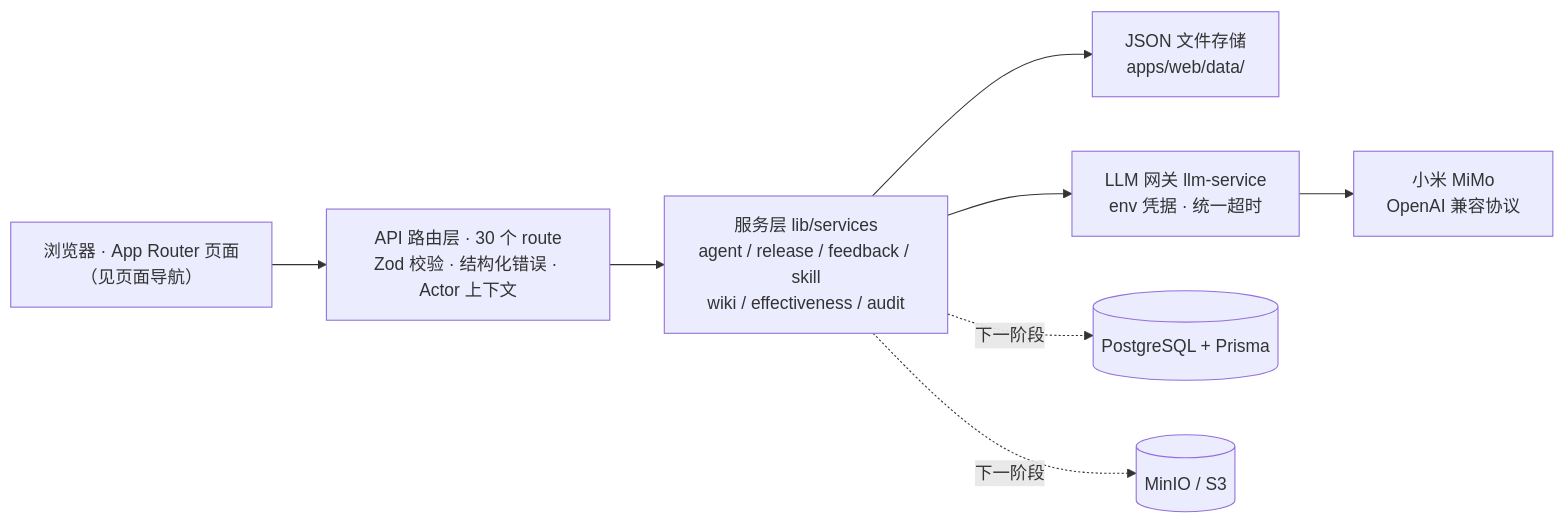
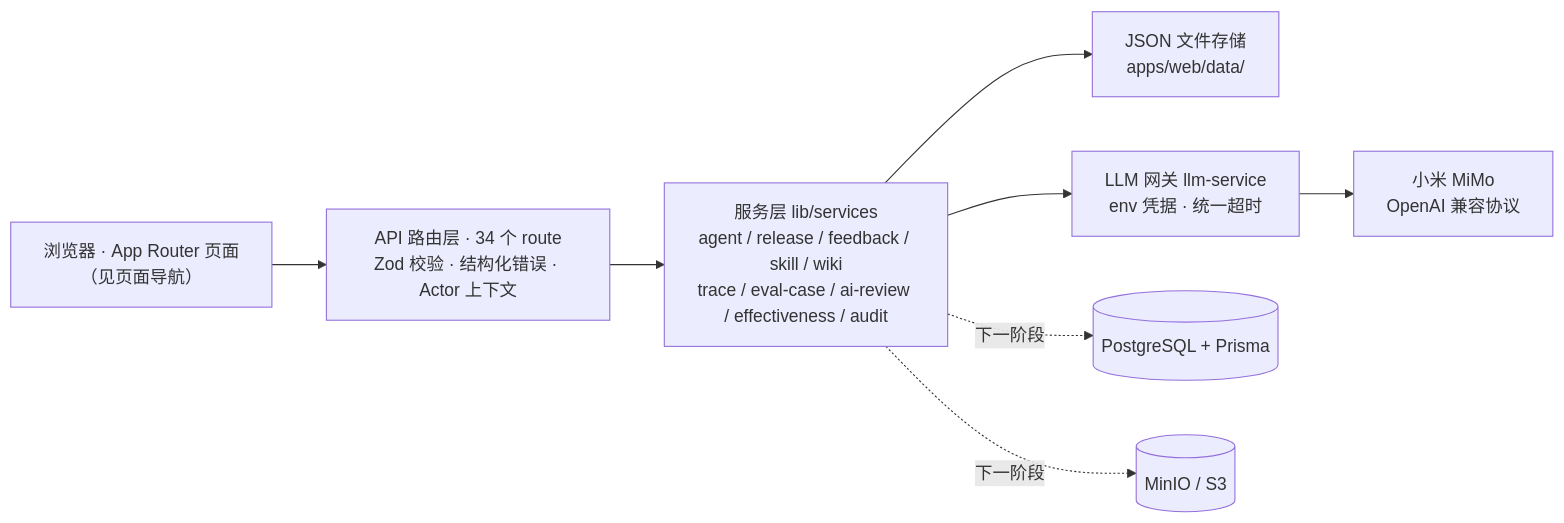
Before and after one commit to ai-guru-global/agent-up: the first of 2 diagrams in README.md, drawn with Mermaid. The commit also changed other lines of this file and 11 other files, not shown here.

First line of the commit message:
docs: 同步评测闭环口径（251 测试 / 34 route / 25 schema / 5 LLM 端点）

````diff
--- a/README.md
+++ b/README.md
@@ -135,10 +140,10 @@
 ```mermaid
 flowchart LR
-    P["浏览器 · App Router 页面<br/>（见页面导航）"] --> A["API 路由层 · 30 个 route<br/>Zod 校验 · 结构化错误 · Actor 上下文"]
-    A --> S["服务层 lib/services<br/>agent / release / feedback / skill<br/>wiki / effectiveness / audit"]
+    P["浏览器 · App Router 页面<br/>（见页面导航）"] --> A["API 路由层 · 34 个 route<br/>Zod 校验 · 结构化错误 · Actor 上下文"]
+    A --> S["服务层 lib/services<br/>agent / release / feedback / skill / wiki<br/>trace / eval-case / ai-review / effectiveness / audit"]
     S --> D["JSON 文件存储<br/>apps/web/data/"]
     S --> L["LLM 网关 llm-service<br/>env 凭据 · 统一超时"]
     L --> M["小米 MiMo<br/>OpenAI 兼容协议"]
     S -. 下一阶段 .-> DB[("PostgreSQL + Prisma")]
     S -. 下一阶段 .-> O[("MinIO / S3")]
 ```
````
